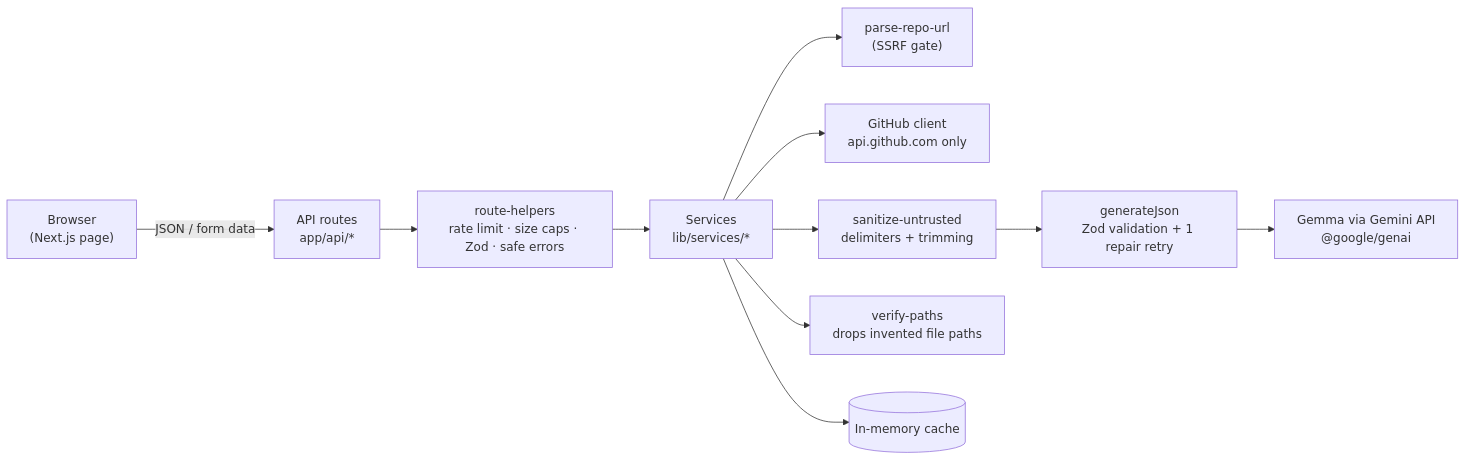
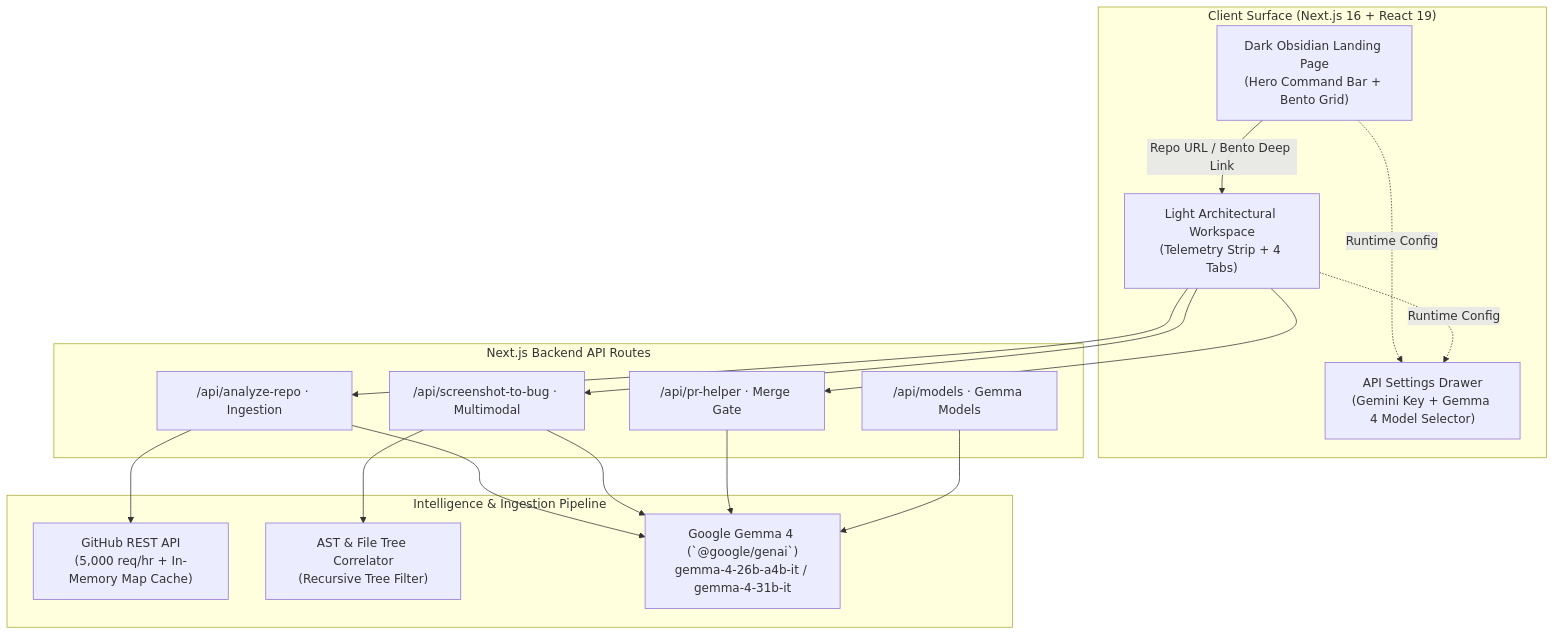
One commit to Adarshmilan/hacktober2026 changed the diagram in README.md. Above: the diagram before and after it, drawn with Mermaid. The commit also changed other lines of this file and 50 other files, not shown here.

````diff
--- a/README.md
+++ b/README.md
@@ -23,13 +37,36 @@
 ```mermaid
-flowchart LR
-  UI["Browser<br/>(Next.js page)"] -->|JSON / form data| R["API routes<br/>app/api/*"]
-  R --> H["route-helpers<br/>rate limit · size caps · Zod · safe errors"]
-  H --> S["Services<br/>lib/services/*"]
-  S --> P["parse-repo-url<br/>(SSRF gate)"]
-  S --> G["GitHub client<br/>api.github.com only"]
-  S --> SAN["sanitize-untrusted<br/>delimiters + trimming"]
-  SAN --> J["generateJson<br/>Zod validation + 1 repair retry"]
-  J --> M["Gemma via Gemini API<br/>@google/genai"]
-  S --> V["verify-paths<br/>drops invented file paths"]
-  S --> C[("In-memory cache")]
+flowchart TD
+    subgraph UI ["Client Surface (Next.js 16 + React 19)"]
+        Landing["Dark Obsidian Landing Page<br/>(Hero Command Bar + Bento Grid)"]
+        Workspace["Light Architectural Workspace<br/>(Telemetry Strip + 4 Tabs)"]
+        Settings["API Settings Drawer<br/>(Gemini Key + Gemma 4 Model Selector)"]
+    end
+
+    subgraph API ["Next.js Backend API Routes"]
+        RepoRoute["/api/analyze-repo · Ingestion"]
+        BugRoute["/api/screenshot-to-bug · Multimodal"]
+        PRRoute["/api/pr-helper · Merge Gate"]
+        ModelRoute["/api/models · Gemma Models"]
+    end
+
+    subgraph Engine ["Intelligence & Ingestion Pipeline"]
+        GHClient["GitHub REST API<br/>(5,000 req/hr + In-Memory Map Cache)"]
+        ASTCorrelator["AST & File Tree Correlator<br/>(Recursive Tree Filter)"]
+        GemmaEngine["Google Gemma 4 (`@google/genai`)<br/>gemma-4-26b-a4b-it / gemma-4-31b-it"]
+    end
+
+    Landing -->|Repo URL / Bento Deep Link| Workspace
+    Landing -.->|Runtime Config| Settings
+    Workspace -.->|Runtime Config| Settings
+
+    Workspace --> RepoRoute
+    Workspace --> BugRoute
+    Workspace --> PRRoute
+
+    RepoRoute --> GHClient
+    RepoRoute --> GemmaEngine
+    BugRoute --> GemmaEngine
+    BugRoute --> ASTCorrelator
+    PRRoute --> GemmaEngine
+    ModelRoute --> GemmaEngine
 ```
````
